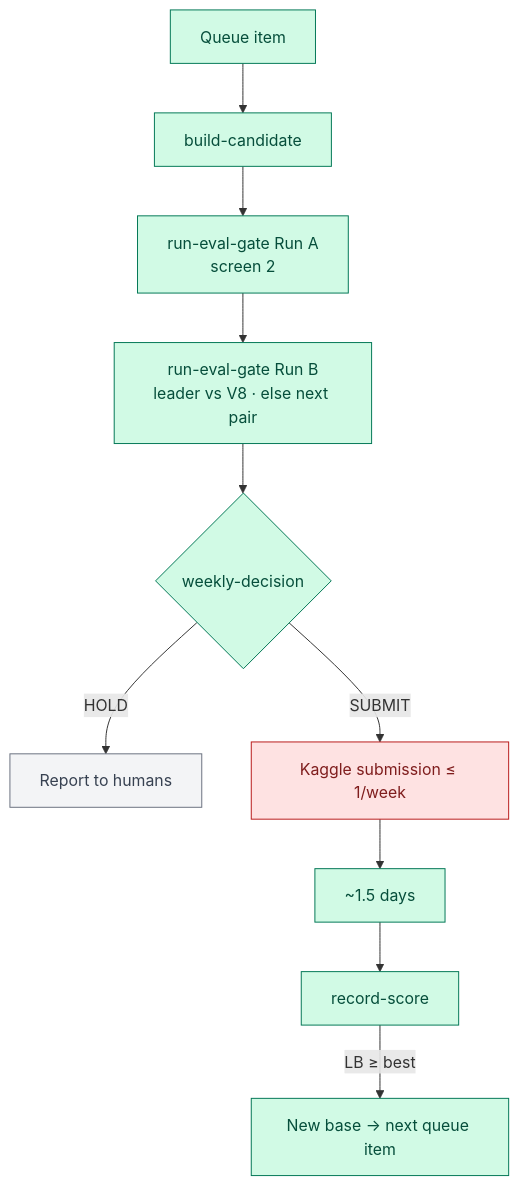
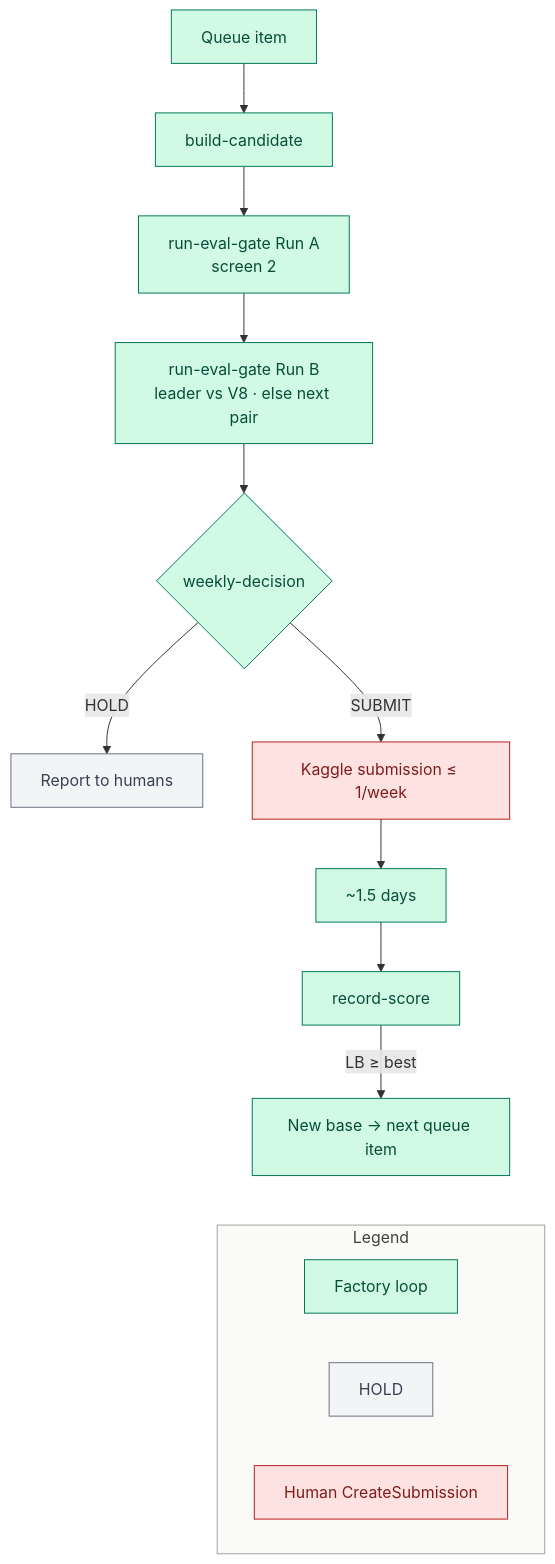
One commit to khaosans/noisegate-gemma4-factory changed the diagram in factory/README.md. Above: the diagram before and after it, drawn with Mermaid. The commit also changed 4 other files, not shown here.

First line of the commit message:
docs: move Mermaid color legends into diagram subgraphs

````diff
--- a/factory/README.md
+++ b/factory/README.md
@@ -9,19 +9,28 @@
 ```mermaid
 flowchart TB
   Q[Queue item] --> BC[build-candidate]
   BC --> GA[run-eval-gate Run A<br/>screen 2]
   GA --> GB[run-eval-gate Run B<br/>leader vs V8 · else next pair]
   GB --> WD{weekly-decision}
   WD -->|HOLD| RH[Report to humans]
   WD -->|SUBMIT| KS[Kaggle submission ≤ 1/week]
   KS --> Wait[~1.5 days]
   Wait --> RS[record-score]
   RS -->|LB ≥ best| NB[New base → next queue item]
 
+  subgraph Legend["Legend"]
+    direction LR
+    LegF[Factory loop]
+    LegH[HOLD]
+    LegS[Human CreateSubmission]
+  end
+  NB ~~~ LegF
+
   classDef factory fill:#D1FAE5,stroke:#047857,color:#064E3B
   classDef hitl fill:#FEE2E2,stroke:#B91C1C,color:#7F1D1D
   classDef hold fill:#F3F4F6,stroke:#6B7280,color:#374151
-  class Q,BC,GA,GB,WD,Wait,RS,NB factory
-  class KS hitl
-  class RH hold
+  class Q,BC,GA,GB,WD,Wait,RS,NB,LegF factory
+  class KS,LegS hitl
+  class RH,LegH hold
+  style Legend fill:#FAFAF9,stroke:#A8A29E,color:#44403C
 ```
````
